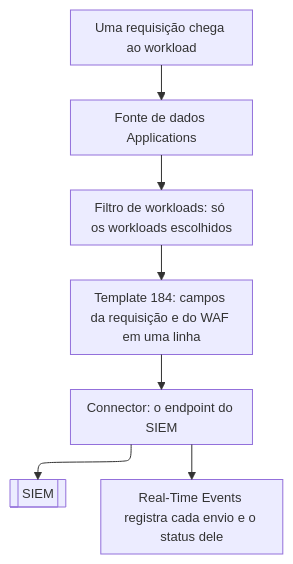
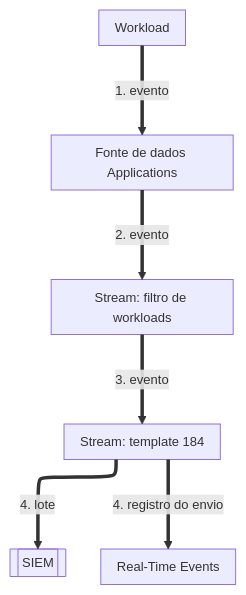
Before and after one commit to aziontech/docs: the diagram in apps/docs/src/content/docs/pt-br/pages/guias/observabilidade/enviar-registros-de-requisicoes-e-waf-a-um-siem.mdx, drawn with Mermaid. The commit also changed other lines of this file and 92 other files, not shown here.

````diff
--- a/apps/docs/src/content/docs/pt-br/pages/guias/observabilidade/enviar-registros-de-requisicoes-e-waf-a-um-siem.mdx
+++ b/apps/docs/src/content/docs/pt-br/pages/guias/observabilidade/enviar-registros-de-requisicoes-e-waf-a-um-siem.mdx
@@ -21,10 +23,15 @@
 ```mermaid
 %%{init: {"layout": "elk", "themeVariables": {"fontSize": "13px"}, "flowchart": {"nodeSpacing": 24, "rankSpacing": 36, "padding": 8, "wrappingWidth": 150, "useMaxWidth": true}, "sequence": {"width": 120, "actorMargin": 30, "useMaxWidth": true}}}%%
 flowchart TD
-  Req["Uma requisição chega ao workload"] --> Source["Fonte de dados Applications"]
-  Source --> Filter["Filtro de workloads: só os workloads escolhidos"]
-  Filter --> Template["Template 184: campos da requisição e do WAF em uma linha"]
-  Template --> Out["Connector: o endpoint do SIEM"]
-  Out --> Siem[["SIEM"]]
-  Out --> Rte["Real-Time Events registra cada envio e o status dele"]
+  WL["Workload"]
+  Src["Fonte de dados Applications"]
+  Flt["Stream: filtro de workloads"]
+  Tpl["Stream: template 184"]
+  Siem[["SIEM"]]
+  RTE["Real-Time Events"]
+  WL ==>|"1. evento"| Src
+  Src ==>|"2. evento"| Flt
+  Flt ==>|"3. evento"| Tpl
+  Tpl ==>|"4. lote"| Siem
+  Tpl ==>|"4. registro do envio"| RTE
 ```
````
